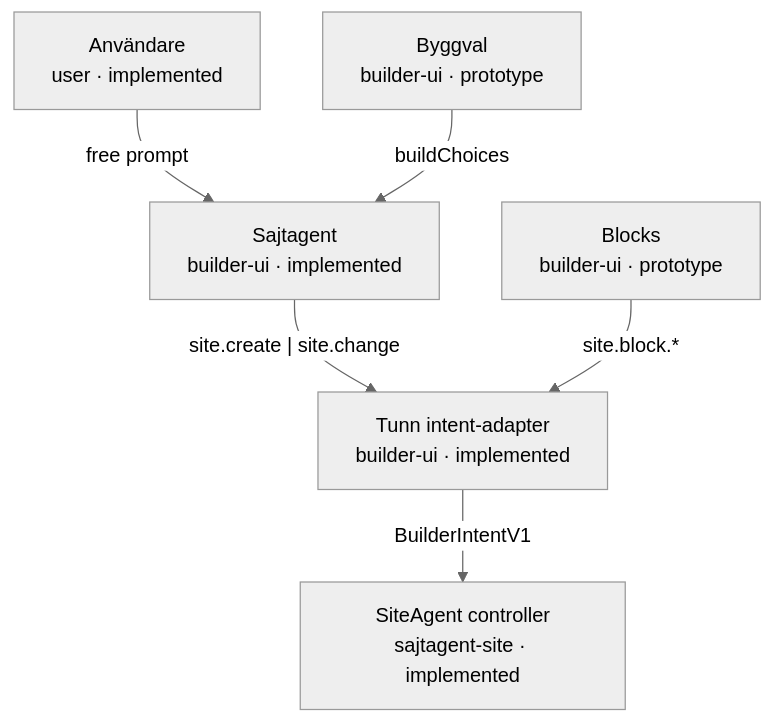
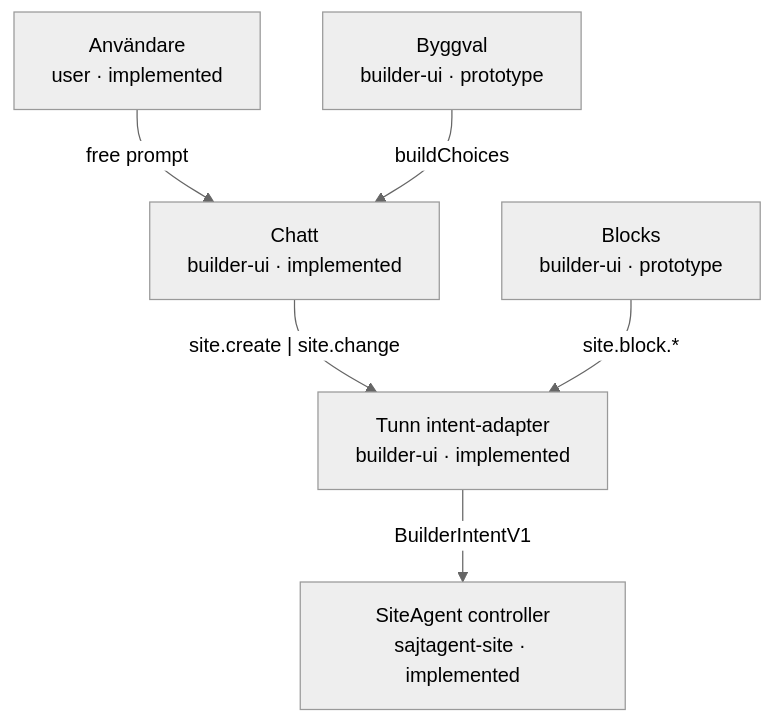
The first of 2 diagrams in docs/card-flow.md (Jakeminator123/sajtagent-site), drawn with Mermaid (neutral theme) before and after one commit. The commit also changed other lines of this file and 14 other files, not shown here.

Commit message:
feat: restore the V1 OpenClaw chat card

````diff
--- a/docs/card-flow.md
+++ b/docs/card-flow.md
@@ -9,14 +9,14 @@
 ```mermaid
 flowchart TB
     n_user_intent["Användare<br/>user · implemented"]
-    n_card_agent["Sajtagent<br/>builder-ui · implemented"]
-    n_user_intent -->|"free prompt"| n_card_agent
+    n_card_chat["Chatt<br/>builder-ui · implemented"]
+    n_user_intent -->|"free prompt"| n_card_chat
     n_card_choices["Byggval<br/>builder-ui · prototype"]
-    n_card_choices -->|"buildChoices"| n_card_agent
+    n_card_choices -->|"buildChoices"| n_card_chat
     n_ui_intent_adapter["Tunn intent-adapter<br/>builder-ui · implemented"]
-    n_card_agent -->|"site.create | site.change"| n_ui_intent_adapter
+    n_card_chat -->|"site.create | site.change"| n_ui_intent_adapter
     n_card_blocks["Blocks<br/>builder-ui · prototype"]
     n_card_blocks -->|"site.block.*"| n_ui_intent_adapter
     n_product_controller["SiteAgent controller<br/>sajtagent-site · implemented"]
     n_ui_intent_adapter -->|"BuilderIntentV1"| n_product_controller
 ```
````
